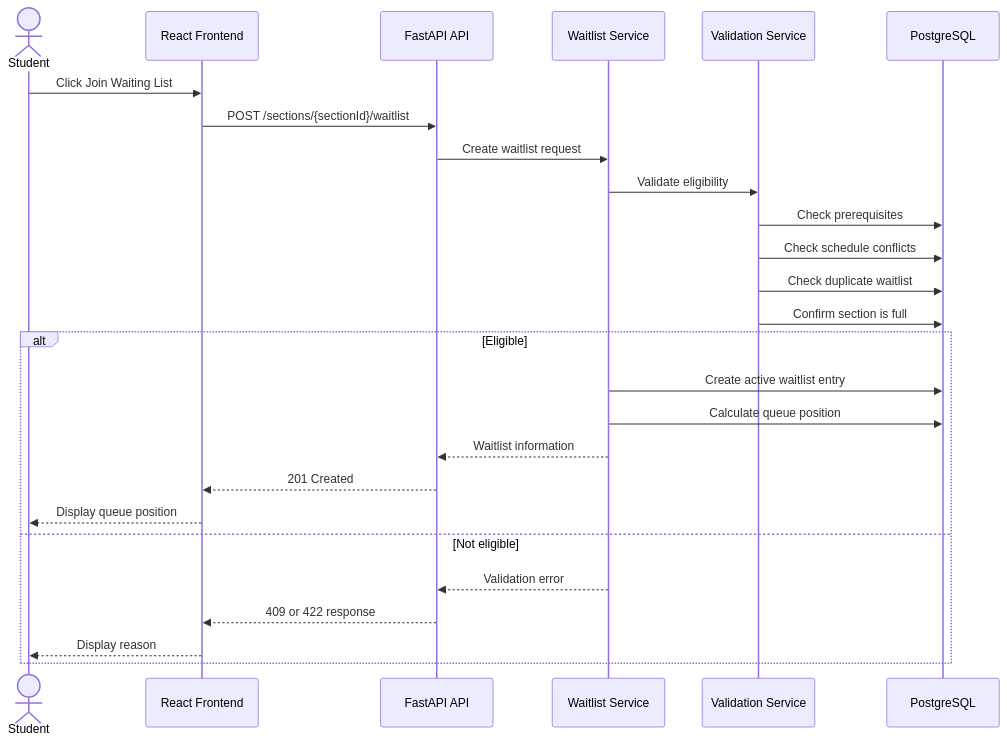
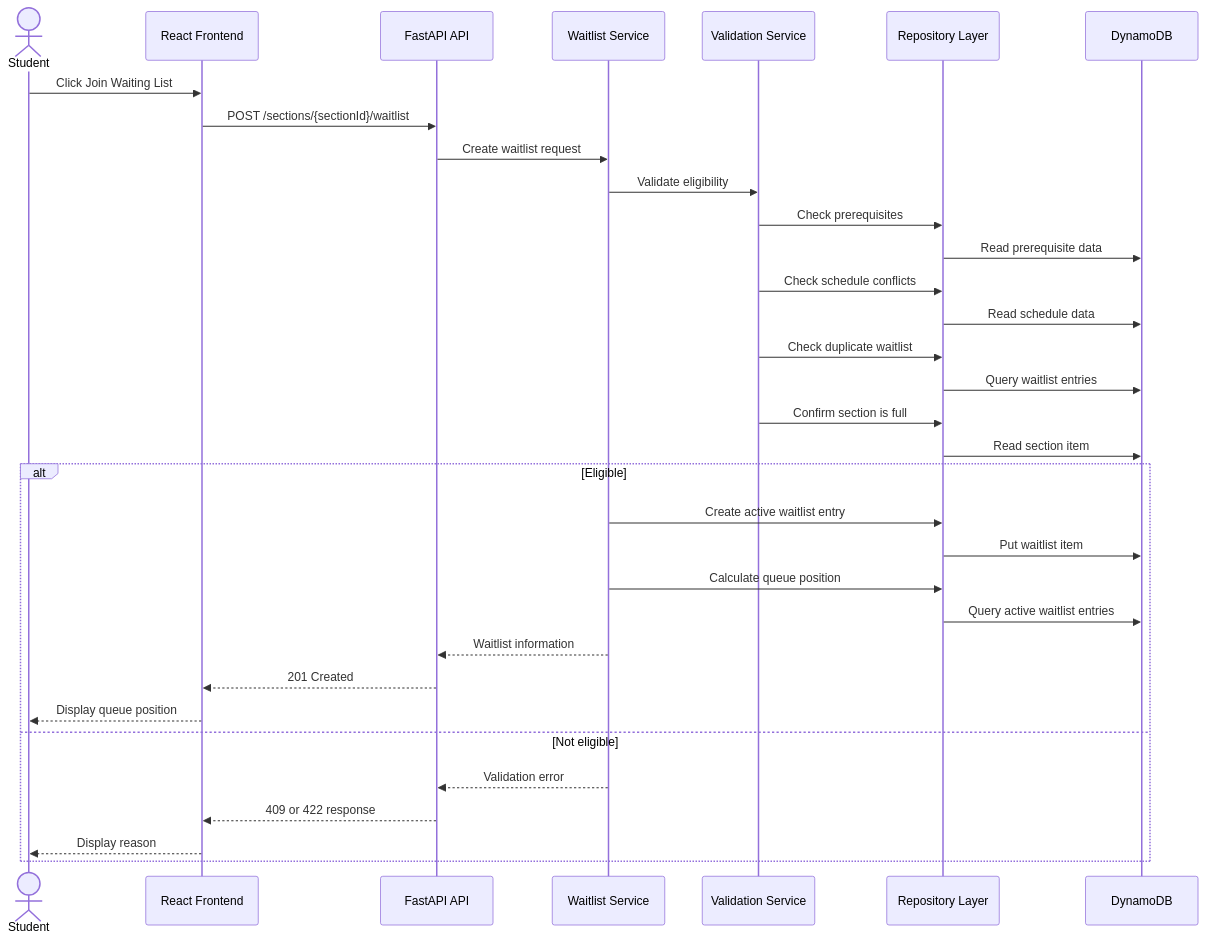
The sixth of 7 diagrams in docs/19-system-design.md (SS-Munna/CourseReg-wa), drawn with Mermaid before and after one commit. The commit also changed other lines of this file and 9 other files, not shown here.

````diff
--- a/docs/19-system-design.md
+++ b/docs/19-system-design.md
@@ -708,31 +754,38 @@
 ```mermaid
 sequenceDiagram
     actor Student
     participant UI as React Frontend
     participant API as FastAPI API
     participant WS as Waitlist Service
     participant VS as Validation Service
-    participant DB as PostgreSQL
+    participant Repo as Repository Layer
+    participant DB as DynamoDB
 
     Student->>UI: Click Join Waiting List
     UI->>API: POST /sections/{sectionId}/waitlist
     API->>WS: Create waitlist request
     WS->>VS: Validate eligibility
 
-    VS->>DB: Check prerequisites
-    VS->>DB: Check schedule conflicts
-    VS->>DB: Check duplicate waitlist
-    VS->>DB: Confirm section is full
+    VS->>Repo: Check prerequisites
+    Repo->>DB: Read prerequisite data
+    VS->>Repo: Check schedule conflicts
+    Repo->>DB: Read schedule data
+    VS->>Repo: Check duplicate waitlist
+    Repo->>DB: Query waitlist entries
+    VS->>Repo: Confirm section is full
+    Repo->>DB: Read section item
 
     alt Eligible
-        WS->>DB: Create active waitlist entry
-        WS->>DB: Calculate queue position
+        WS->>Repo: Create active waitlist entry
+        Repo->>DB: Put waitlist item
+        WS->>Repo: Calculate queue position
+        Repo->>DB: Query active waitlist entries
         WS-->>API: Waitlist information
         API-->>UI: 201 Created
         UI-->>Student: Display queue position
     else Not eligible
         WS-->>API: Validation error
         API-->>UI: 409 or 422 response
         UI-->>Student: Display reason
     end
 ```
````
